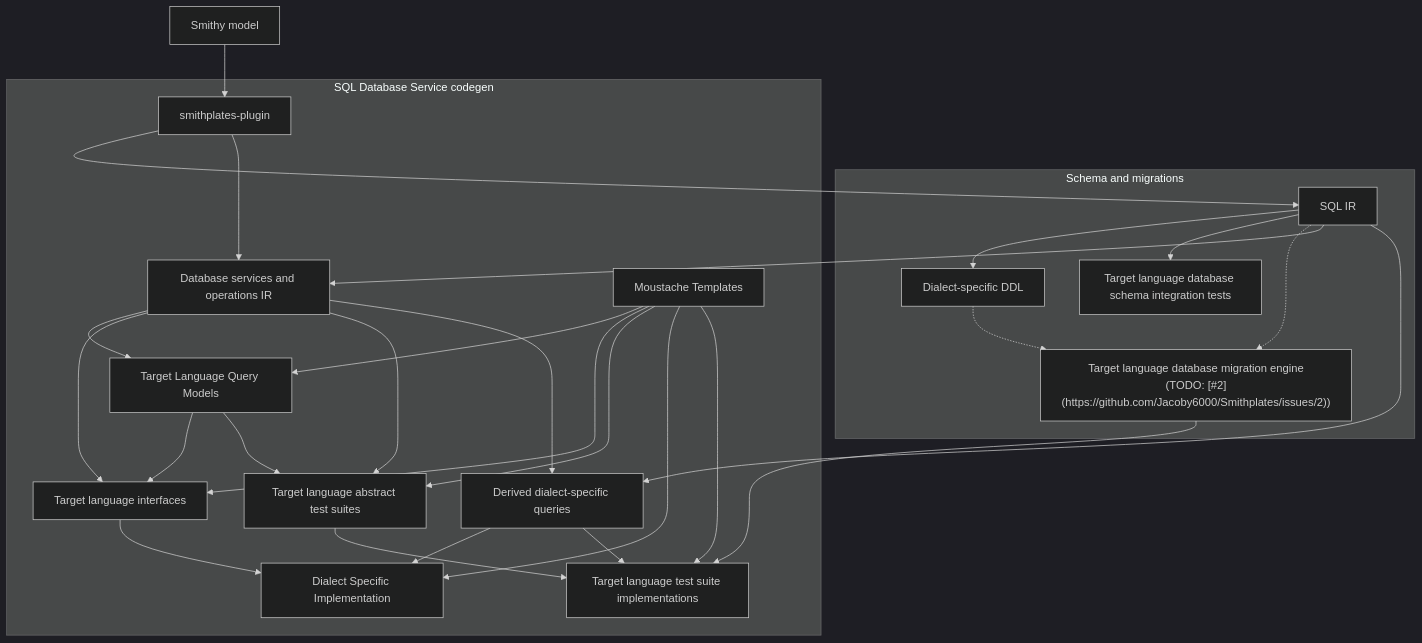
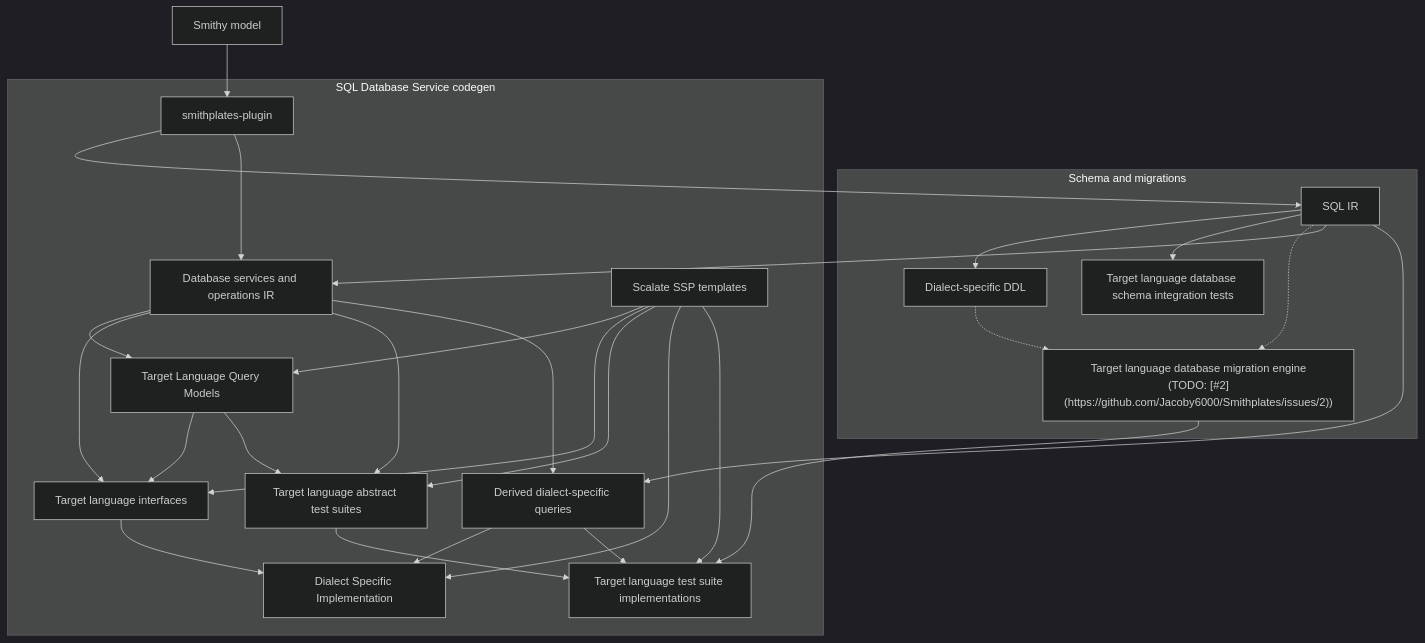
One commit to Jacoby6000/Smithplates changed the diagram in docs/reusable-components/architecture-pipeline.mmd. Above: the diagram before and after it, drawn with Mermaid (dark theme). The commit also changed 4 other files, not shown here.

First line of the commit message:
Fix architecture docs: SSP terminology, paths, and diagram.

```diff
--- a/docs/reusable-components/architecture-pipeline.mmd
+++ b/docs/reusable-components/architecture-pipeline.mmd
@@ -1,47 +1,47 @@
 flowchart TD
     SM["Smithy model"]
     SSP["smithplates-plugin"]
 
     SM --> SSP
 
     SSP --> SQLIR["SQL IR"]
 
 
     subgraph schema["Schema and migrations"]
         SQLIR --> DDL["Dialect-specific DDL"]
         SQLIR --> SchemaIT["Target language database schema integration tests"]
         
         Migration["Target language database migration engine<br/>(TODO: [#2](https://github.com/Jacoby6000/Smithplates/issues/2))"]
         DDL   -.-> Migration
         SQLIR -.-> Migration
     end
 
     subgraph services["SQL Database Service codegen"]
         SSP   --> SVCIR["Database services and operations IR"]
         SQLIR --> SVCIR
         
-        MT["Moustache Templates"]
+        MT["Scalate SSP templates"]
         SVCIR --> TLQM["Target Language Query Models"]
         MT    --> TLQM
 
         SVCIR --> Interfaces["Target language interfaces"]
         MT    --> Interfaces   
         TLQM  --> Interfaces
 
         SVCIR --> AbstractTests["Target language abstract test suites"]
         MT    --> AbstractTests
         TLQM  --> AbstractTests
 
         SVCIR --> DerivedQueries["Derived dialect-specific queries"]
         SQLIR --> DerivedQueries
 
         Interfaces     --> Impl["Dialect Specific Implementation"]
         MT             --> Impl        
         DerivedQueries --> Impl
 
         Migration      --> TestImpl["Target language test suite implementations"]
         MT             --> TestImpl
         DerivedQueries --> TestImpl
         AbstractTests  --> TestImpl
 
     end
```
